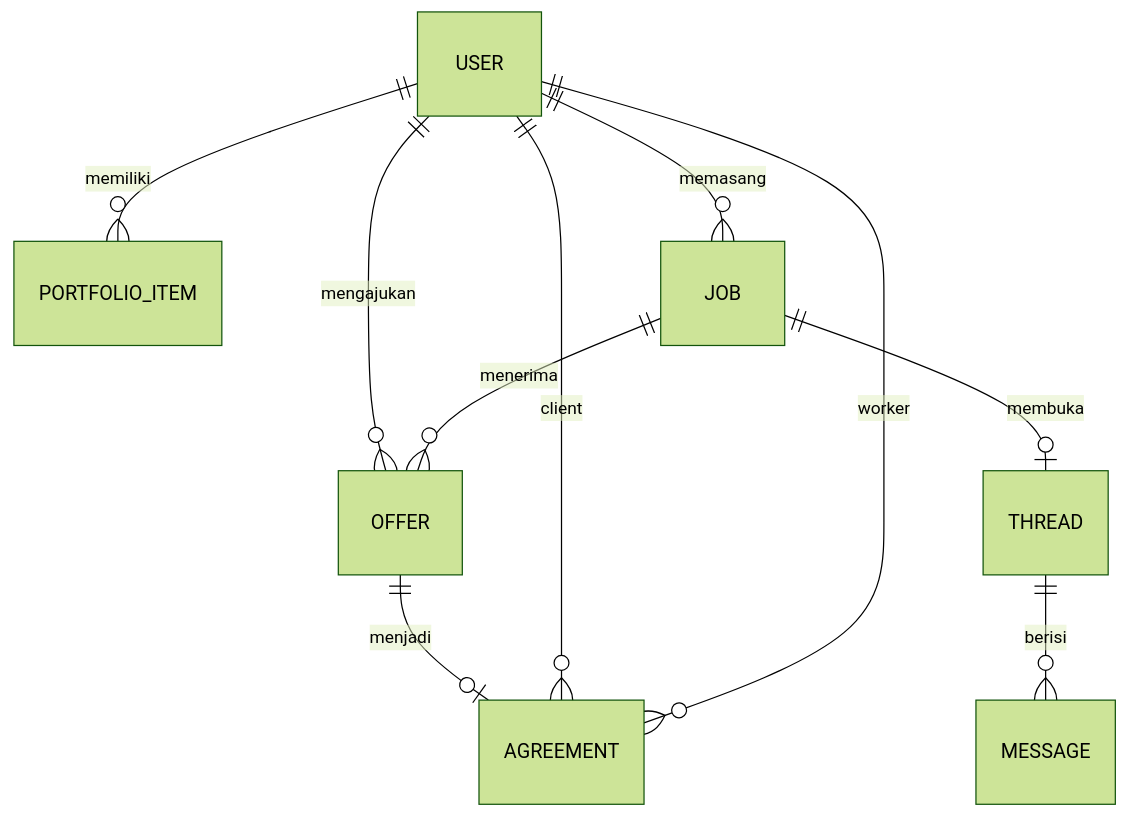
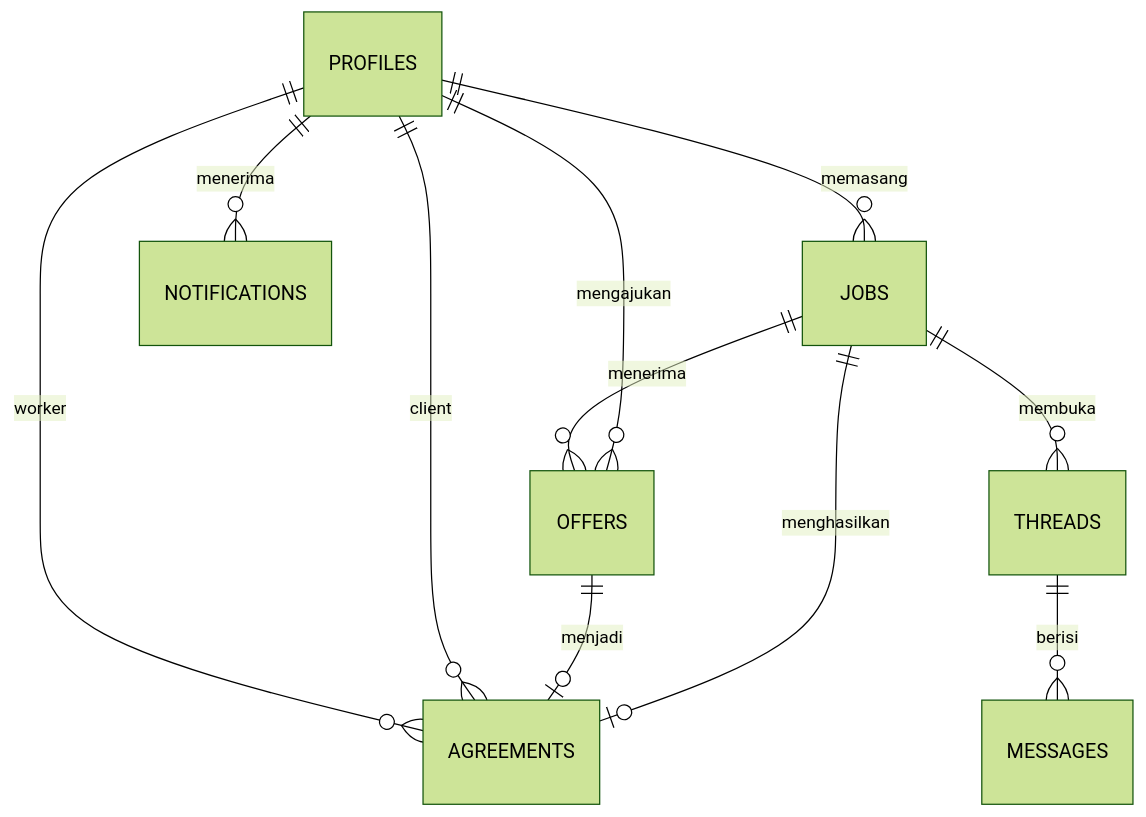
One commit to lewron135/Stepping-Stone changed the second of 2 diagrams in README.md. Above: the diagram before and after it, drawn with Mermaid (forest theme). The commit also changed other lines of this file and 69 other files, not shown here.

````diff
--- a/README.md
+++ b/README.md
@@ -171,12 +151,13 @@
 ```mermaid
 erDiagram
-    USER ||--o{ PORTFOLIO_ITEM : memiliki
-    USER ||--o{ JOB : memasang
-    USER ||--o{ OFFER : mengajukan
-    JOB ||--o{ OFFER : menerima
-    OFFER ||--o| AGREEMENT : menjadi
-    AGREEMENT }o--|| USER : client
-    AGREEMENT }o--|| USER : worker
-    JOB ||--o| THREAD : membuka
-    THREAD ||--o{ MESSAGE : berisi
+    PROFILES ||--o{ JOBS : memasang
+    PROFILES ||--o{ OFFERS : mengajukan
+    PROFILES ||--o{ NOTIFICATIONS : menerima
+    JOBS ||--o{ OFFERS : menerima
+    JOBS ||--o| AGREEMENTS : menghasilkan
+    OFFERS ||--o| AGREEMENTS : menjadi
+    AGREEMENTS }o--|| PROFILES : client
+    AGREEMENTS }o--|| PROFILES : worker
+    JOBS ||--o{ THREADS : membuka
+    THREADS ||--o{ MESSAGES : berisi
 ```
````
